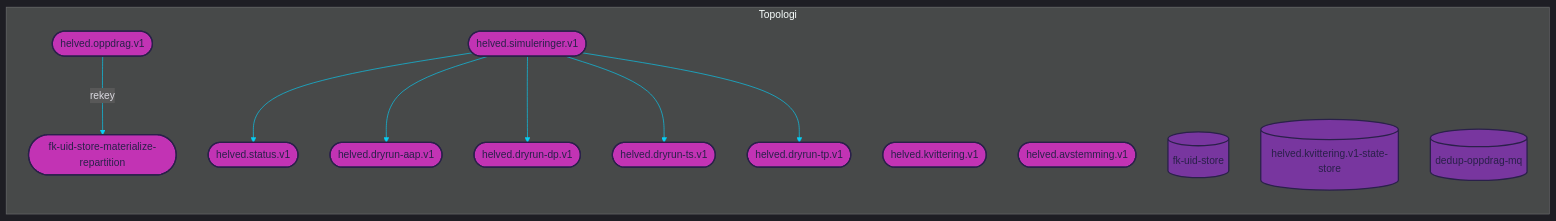
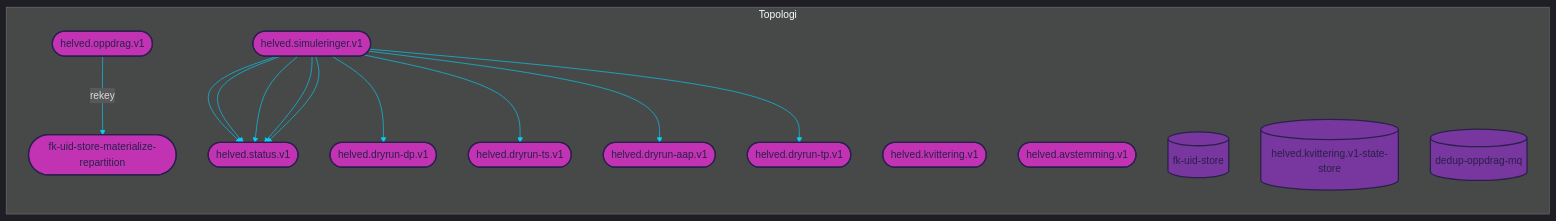
The diagram in dokumentasjon/urskog.mmd (navikt/helved-utbetaling), drawn with Mermaid before and after one commit. The commit also changed 3 other files, not shown here.

```diff
--- a/dokumentasjon/urskog.mmd
+++ b/dokumentasjon/urskog.mmd
@@ -1,83 +1,87 @@
 
 %%{init: {'theme': 'dark', 'themeVariables': { 'primaryColor': '#07cff6', 'textColor': '#dad9e0', 'lineColor': '#07cff6'}}}%%
 
 graph LR
 
 subgraph Topologi
     %% TOPICS
     helved.simuleringer.v1([helved.simuleringer.v1])
 	helved.dryrun-aap.v1([helved.dryrun-aap.v1])
+	helved.status.v1([helved.status.v1])
 	helved.dryrun-dp.v1([helved.dryrun-dp.v1])
 	helved.dryrun-ts.v1([helved.dryrun-ts.v1])
 	helved.dryrun-tp.v1([helved.dryrun-tp.v1])
-	helved.status.v1([helved.status.v1])
 	helved.kvittering.v1([helved.kvittering.v1])
 	fk-uid-store-materialize-repartition([fk-uid-store-materialize-repartition])
 	helved.oppdrag.v1([helved.oppdrag.v1])
 	helved.avstemming.v1([helved.avstemming.v1])
 
     %% JOINS
     
 
     %% STATE PROCESSORS
     
     
     %% STATE STORES
     fk-uid-store[(fk-uid-store)]
 	helved.kvittering.v1-state-store[(helved.kvittering.v1-state-store)]
 	dedup-oppdrag-mq[(dedup-oppdrag-mq)]
     
     %% DATABASES
     
     
 
     %% PROCESSOR API JOBS
     
     
     %% JOIN STREAMS
     
 
     %% TABLE STREAMS
     
 
     %% JOB STREAMS
     
     
     %% BRANCH STREAMS
     
 
     %% REPARTITION STREAMS
     helved.oppdrag.v1 --> |rekey| fk-uid-store-materialize-repartition
     
     %% BASIC STREAMS
     helved.simuleringer.v1 --> helved.status.v1
-	helved.simuleringer.v1 --> helved.dryrun-aap.v1
 	helved.simuleringer.v1 --> helved.dryrun-dp.v1
 	helved.simuleringer.v1 --> helved.dryrun-ts.v1
+	helved.simuleringer.v1 --> helved.status.v1
+	helved.simuleringer.v1 --> helved.status.v1
+	helved.simuleringer.v1 --> helved.dryrun-aap.v1
+	helved.simuleringer.v1 --> helved.status.v1
 	helved.simuleringer.v1 --> helved.dryrun-tp.v1
+	helved.simuleringer.v1 --> helved.status.v1
     
     %% CUSTOM PROCESS STREAMS
     
 end
 
 %% COLORS
 %% light    #dad9e0
 %% purple   #78369f
 %% pink     #c233b4
 %% dark     #2a204a
 %% blue     #07cff6
 
 %% STYLES
 style helved.simuleringer.v1 fill:#c233b4, stroke:#2a204a, stroke-width:2px, color:#2a204a
 style helved.dryrun-aap.v1 fill:#c233b4, stroke:#2a204a, stroke-width:2px, color:#2a204a
+style helved.status.v1 fill:#c233b4, stroke:#2a204a, stroke-width:2px, color:#2a204a
 style helved.dryrun-dp.v1 fill:#c233b4, stroke:#2a204a, stroke-width:2px, color:#2a204a
 style helved.dryrun-ts.v1 fill:#c233b4, stroke:#2a204a, stroke-width:2px, color:#2a204a
 style helved.dryrun-tp.v1 fill:#c233b4, stroke:#2a204a, stroke-width:2px, color:#2a204a
-style helved.status.v1 fill:#c233b4, stroke:#2a204a, stroke-width:2px, color:#2a204a
 style helved.kvittering.v1 fill:#c233b4, stroke:#2a204a, stroke-width:2px, color:#2a204a
 style fk-uid-store-materialize-repartition fill:#c233b4, stroke:#2a204a, stroke-width:2px, color:#2a204a
 style helved.oppdrag.v1 fill:#c233b4, stroke:#2a204a, stroke-width:2px, color:#2a204a
 style helved.avstemming.v1 fill:#c233b4, stroke:#2a204a, stroke-width:2px, color:#2a204a
 style fk-uid-store fill:#78369f, stroke:#2a204a, stroke-width:2px, color:#2a204a
 style helved.kvittering.v1-state-store fill:#78369f, stroke:#2a204a, stroke-width:2px, color:#2a204a
 style dedup-oppdrag-mq fill:#78369f, stroke:#2a204a, stroke-width:2px, color:#2a204a
```
